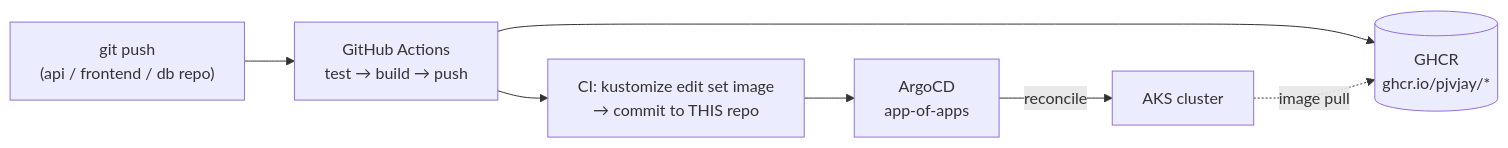
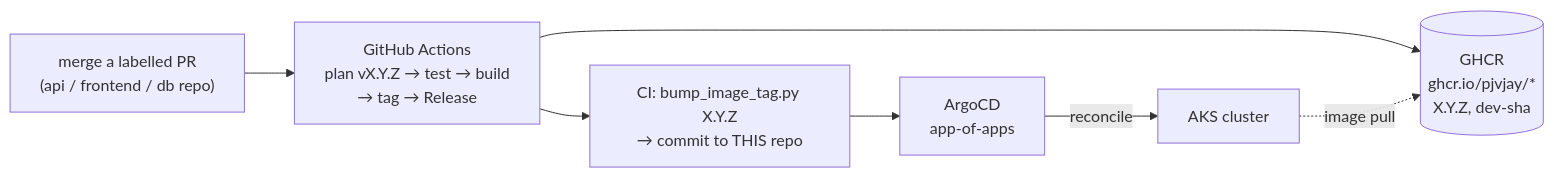
One commit to pjvjay/pantry-gitops changed the diagram in README.md. Above: the diagram before and after it, drawn with Mermaid. The commit also changed other lines of this file and 1 other file, not shown here.

First line of the commit message:
README and kustomization comments: deploys are releases set by bump_image_tag.py

````diff
--- a/README.md
+++ b/README.md
@@ -10,13 +10,13 @@
 ```mermaid
 flowchart LR
-    dev["git push<br/>(api / frontend / db repo)"]
-    ci["GitHub Actions<br/>test → build → push"]
-    ghcr[("GHCR<br/>ghcr.io/pjvjay/*")]
-    bump["CI: kustomize edit set image<br/>→ commit to THIS repo"]
+    dev["merge a labelled PR<br/>(api / frontend / db repo)"]
+    ci["GitHub Actions<br/>plan vX.Y.Z → test → build<br/>→ tag → Release"]
+    ghcr[("GHCR<br/>ghcr.io/pjvjay/*<br/>X.Y.Z, dev-sha")]
+    bump["CI: bump_image_tag.py X.Y.Z<br/>→ commit to THIS repo"]
     argo["ArgoCD<br/>app-of-apps"]
     aks["AKS cluster"]
 
     dev --> ci --> ghcr
     ci --> bump --> argo -->|"reconcile"| aks
     aks -.->|"image pull"| ghcr
 ```
````
